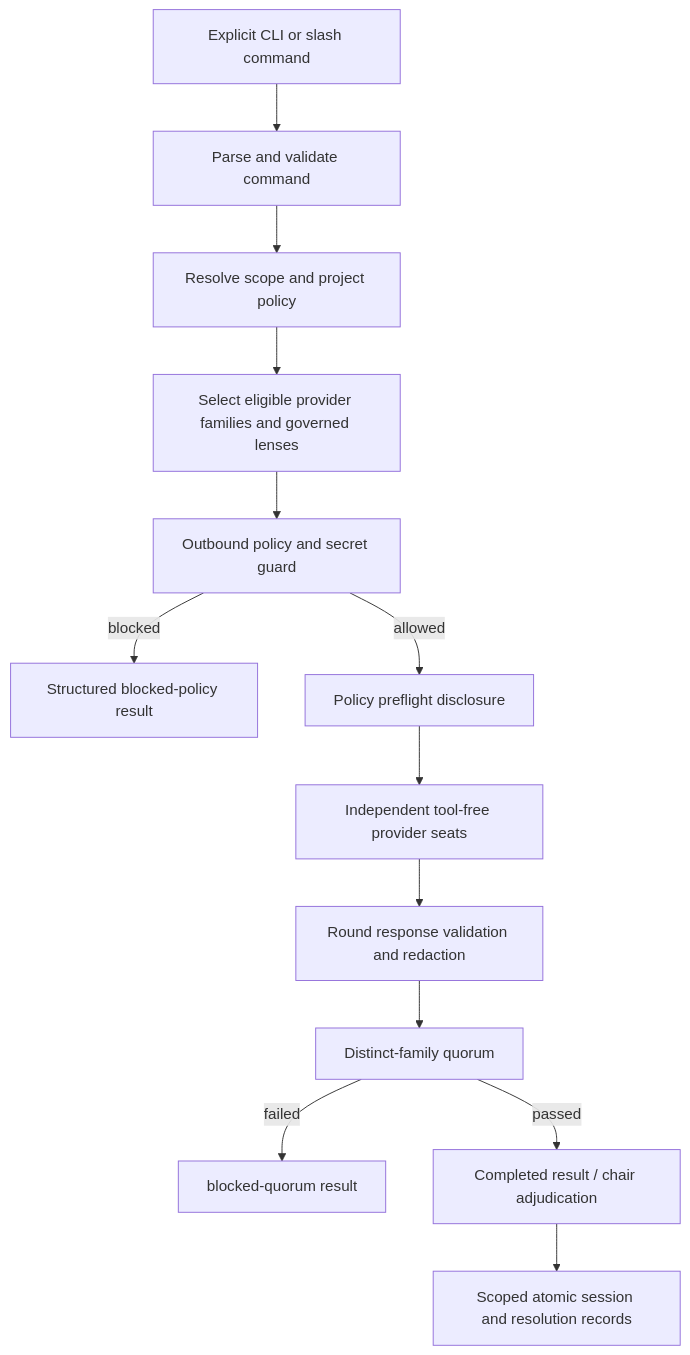
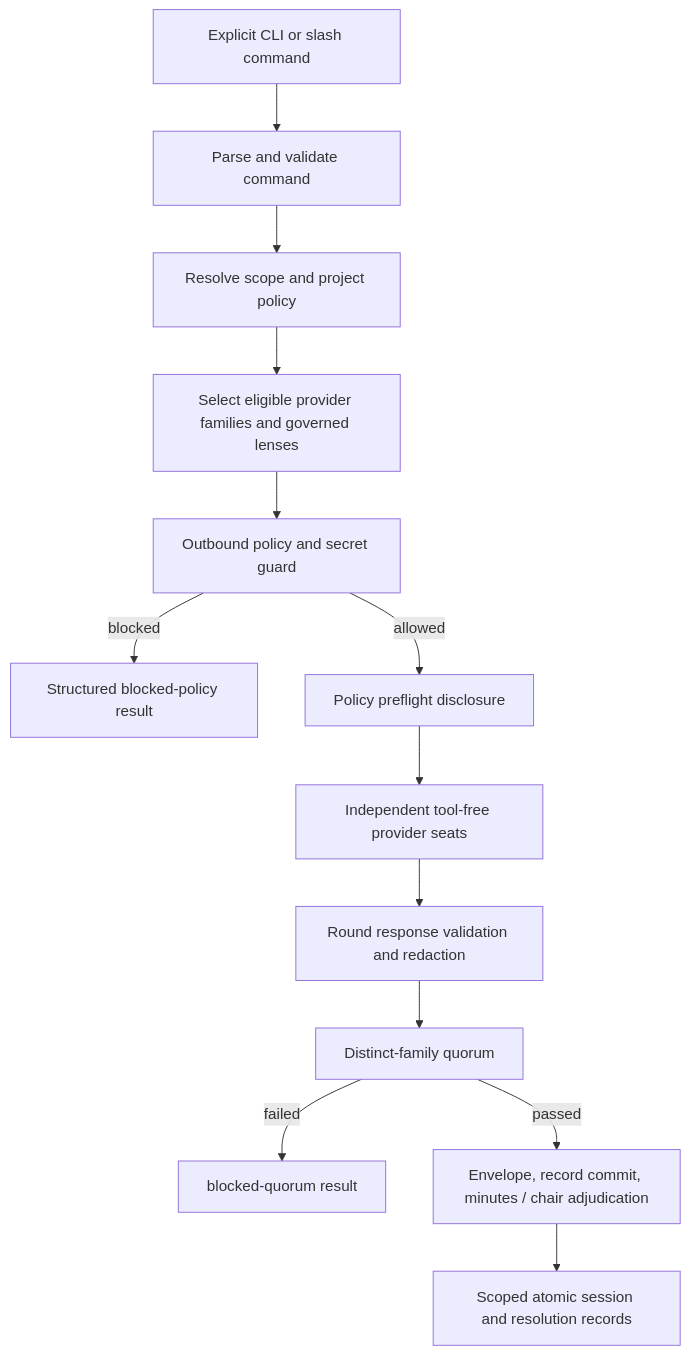
The diagram in docs/ARCHITECTURE.md (AnnasCookies/claude-council), drawn with Mermaid before and after one commit. The commit also changed other lines of this file and 77 other files, not shown here.

````diff
--- a/docs/ARCHITECTURE.md
+++ b/docs/ARCHITECTURE.md
@@ -9,15 +9,15 @@
 ```mermaid
 flowchart TD
   A[Explicit CLI or slash command] --> B[Parse and validate command]
   B --> C[Resolve scope and project policy]
   C --> D[Select eligible provider families and governed lenses]
   D --> E[Outbound policy and secret guard]
   E -->|blocked| F[Structured blocked-policy result]
   E -->|allowed| G[Policy preflight disclosure]
   G --> H[Independent tool-free provider seats]
   H --> I[Round response validation and redaction]
   I --> J[Distinct-family quorum]
   J -->|failed| K[blocked-quorum result]
-  J -->|passed| L[Completed result / chair adjudication]
+  J -->|passed| L[Envelope, record commit, minutes / chair adjudication]
   L --> M[Scoped atomic session and resolution records]
 ```
````
